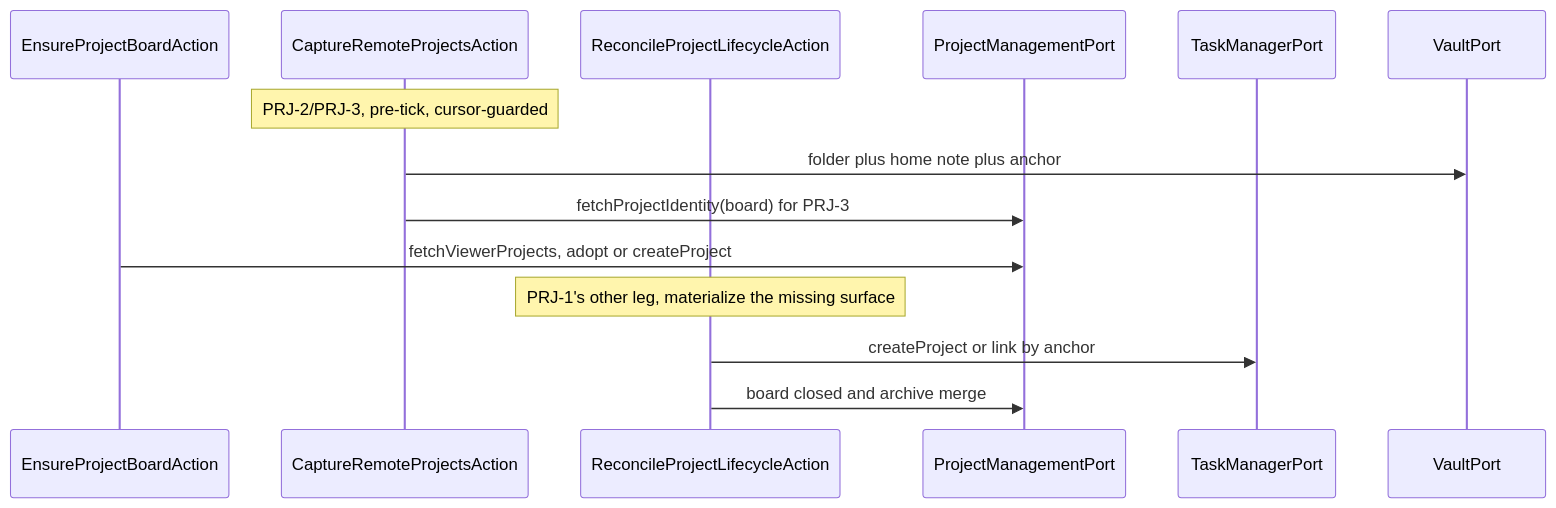
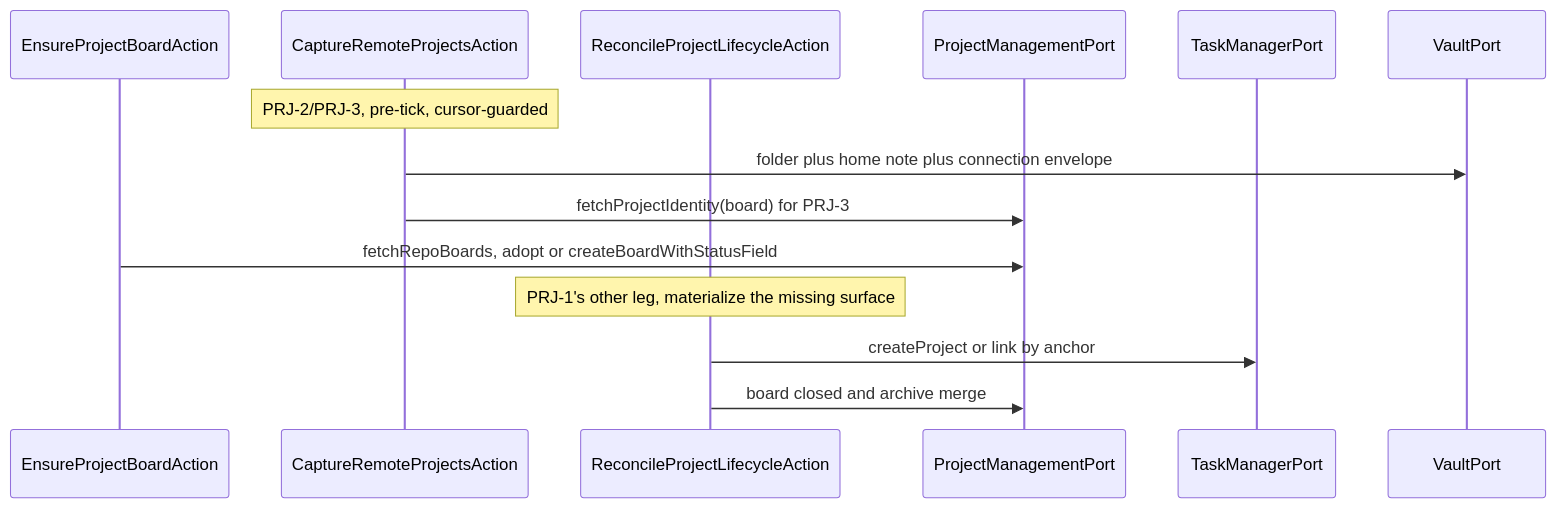
One commit to 99linesofcode/obsidian-project-management changed diagram 25 of 25 in docs/developer-manual.md. Above: the diagram before and after it, drawn with Mermaid. The commit also changed other lines of this file and 52 other files, not shown here.

````diff
--- a/docs/developer-manual.md
+++ b/docs/developer-manual.md
@@ -1069,17 +1067,17 @@
 ```mermaid
 sequenceDiagram
   participant Ens as EnsureProjectBoardAction
   participant Cap as CaptureRemoteProjectsAction
   participant Life as ReconcileProjectLifecycleAction
   participant PM as ProjectManagementPort
   participant TM as TaskManagerPort
   participant V as VaultPort
 
   Note over Cap: PRJ-2/PRJ-3, pre-tick, cursor-guarded
-  Cap->>V: folder plus home note plus anchor
+  Cap->>V: folder plus home note plus connection envelope
   Cap->>PM: fetchProjectIdentity(board) for PRJ-3
-  Ens->>PM: fetchViewerProjects, adopt or createProject
+  Ens->>PM: fetchRepoBoards, adopt or createBoardWithStatusField
   Note over Life: PRJ-1's other leg, materialize the missing surface
   Life->>TM: createProject or link by anchor
   Life->>PM: board closed and archive merge
 ```
````
